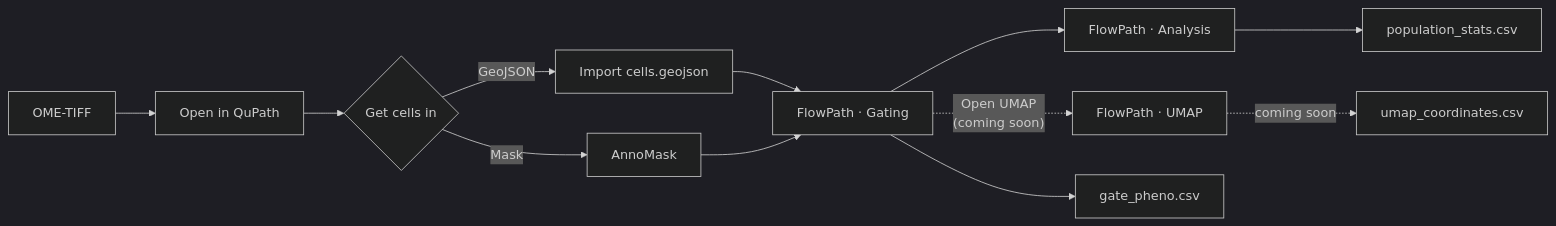
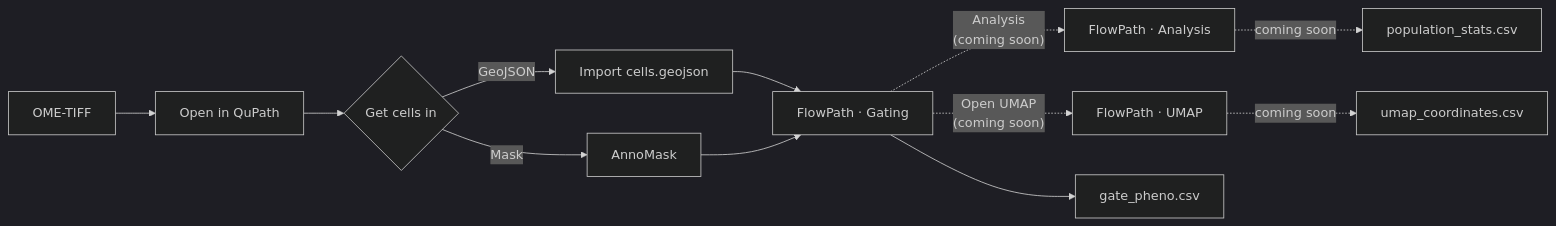
The diagram in docs/usage.md (sceriff0/flowpath), drawn with Mermaid (dark theme) before and after one commit. The commit also changed other lines of this file and 8 other files, not shown here.

````diff
--- a/docs/usage.md
+++ b/docs/usage.md
@@ -13,14 +14,14 @@
 ```mermaid
 flowchart LR
     A[OME-TIFF] --> Q[Open in QuPath]
     Q --> I{Get cells in}
     I -->|GeoJSON| G1[Import cells.geojson]
     I -->|Mask| AM[AnnoMask]
     G1 --> GT[FlowPath · Gating]
     AM --> GT
-    GT --> AN[FlowPath · Analysis]
+    GT -.->|"Analysis<br/>(coming soon)"| AN[FlowPath · Analysis]
     GT -.->|"Open UMAP<br/>(coming soon)"| UM[FlowPath · UMAP]
     GT --> CSV1[gate_pheno.csv]
-    AN --> CSV3[population_stats.csv]
+    AN -.->|coming soon| CSV3[population_stats.csv]
     UM -.->|coming soon| CSV2[umap_coordinates.csv]
 ```
````
